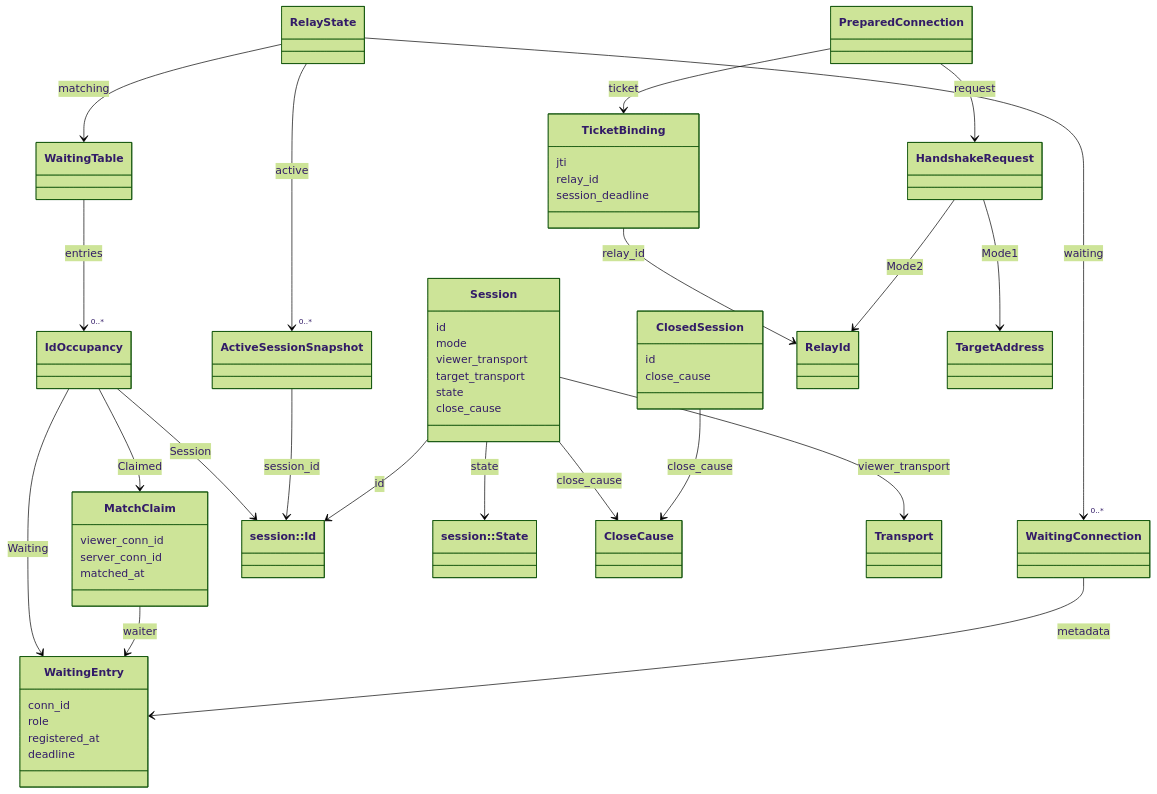
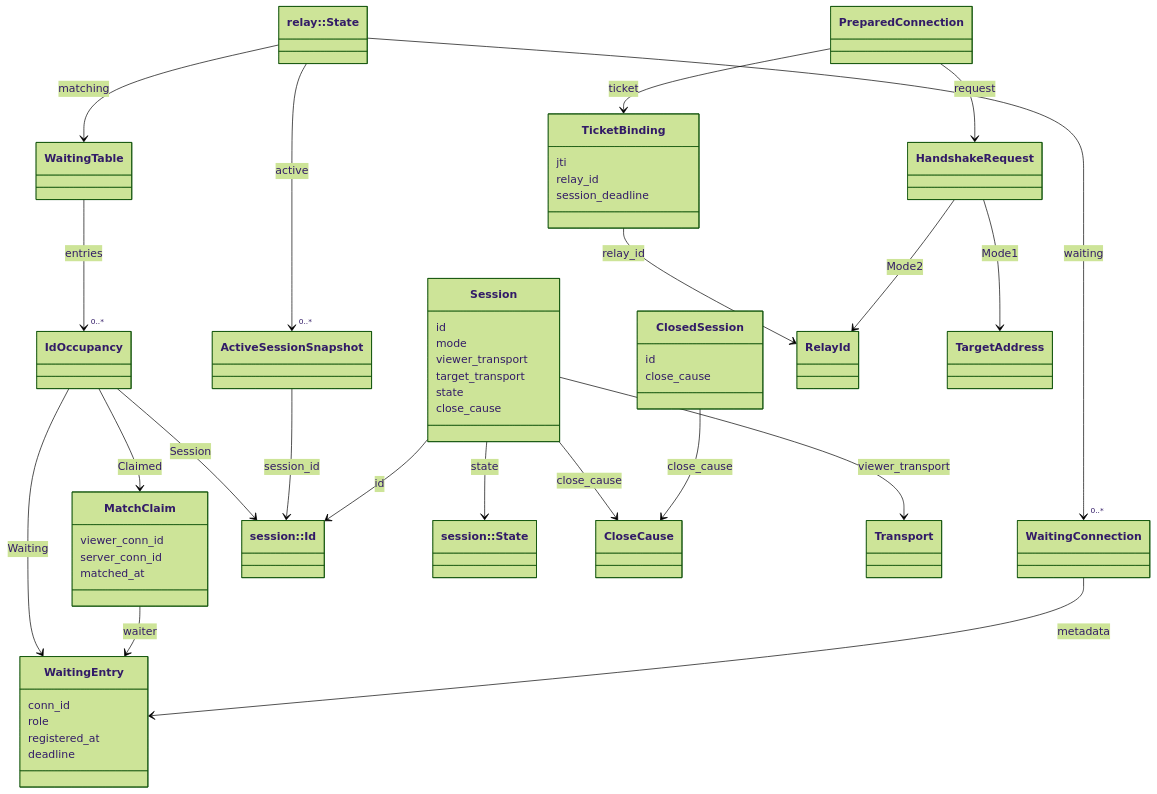
Before and after one commit to kayden-kim/vnc-relay: the first of 6 diagrams in docs/architectures/domain-model.md, drawn with Mermaid (forest theme). The commit also changed other lines of this file and 58 other files, not shown here.

````diff
--- a/docs/architectures/domain-model.md
+++ b/docs/architectures/domain-model.md
@@ -29,58 +29,58 @@
 ```mermaid
 classDiagram
-    class RelayState
+    class `relay::State`
     class WaitingTable
     class IdOccupancy
     class WaitingEntry {
         conn_id
         role
         registered_at
         deadline
     }
     class MatchClaim {
         viewer_conn_id
         server_conn_id
         matched_at
     }
     class WaitingConnection
     class ActiveSessionSnapshot
     class Session {
         id
         mode
         viewer_transport
         target_transport
         state
         close_cause
     }
     class ClosedSession {
         id
         close_cause
     }
     class PreparedConnection
     class HandshakeRequest
     class TicketBinding {
         jti
         relay_id
         session_deadline
     }
-    RelayState --> WaitingTable : matching
-    RelayState --> "0..*" WaitingConnection : waiting
-    RelayState --> "0..*" ActiveSessionSnapshot : active
+    `relay::State` --> WaitingTable : matching
+    `relay::State` --> "0..*" WaitingConnection : waiting
+    `relay::State` --> "0..*" ActiveSessionSnapshot : active
     WaitingTable --> "0..*" IdOccupancy : entries
     IdOccupancy --> WaitingEntry : Waiting
     IdOccupancy --> MatchClaim : Claimed
     IdOccupancy --> `session::Id` : Session
     MatchClaim --> WaitingEntry : waiter
     WaitingConnection --> WaitingEntry : metadata
     ActiveSessionSnapshot --> `session::Id` : session_id
     Session --> `session::Id` : id
     Session --> `session::State` : state
     Session --> CloseCause : close_cause
     Session --> Transport : viewer_transport
     ClosedSession --> CloseCause : close_cause
     PreparedConnection --> HandshakeRequest : request
     PreparedConnection --> TicketBinding : ticket
     TicketBinding --> RelayId : relay_id
     HandshakeRequest --> RelayId : Mode2
     HandshakeRequest --> TargetAddress : Mode1
 ```
````
